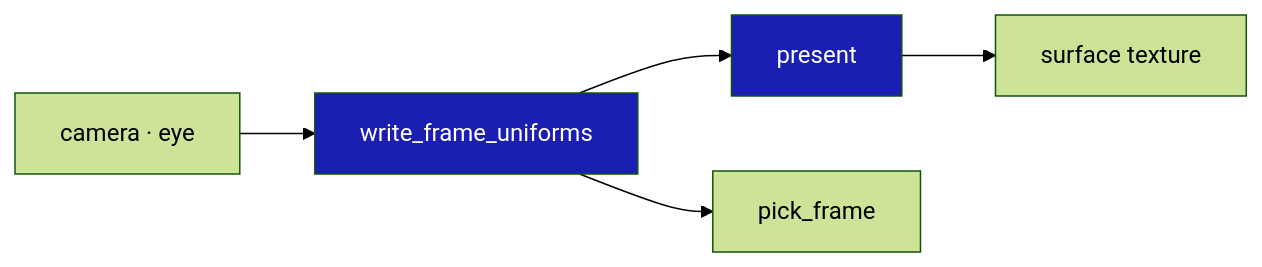
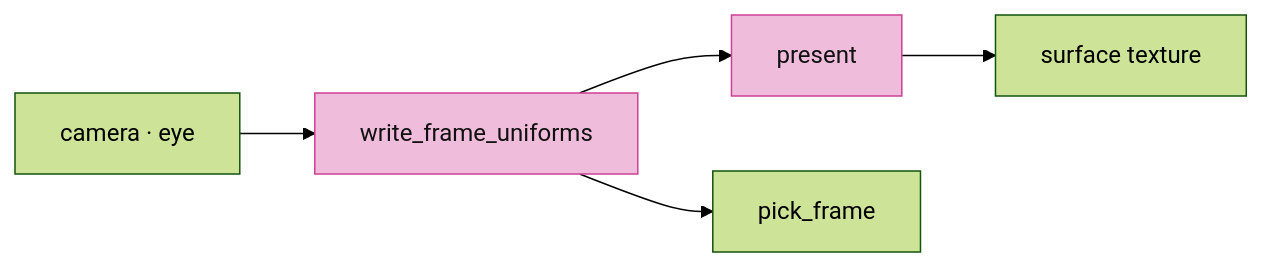
The fourth of 19 diagrams in session_viewer/docs/12-picking.md (petrasvestartas/session), drawn with Mermaid (forest theme) before and after one commit. The commit also changed other lines of this file and 23 other files, not shown here.

Commit message:
Course: Mermaid nodes white with black text, highlighted nodes pink, white arrows and edge labels on the black ground

````diff
--- a/session_viewer/docs/12-picking.md
+++ b/session_viewer/docs/12-picking.md
@@ -71,8 +71,8 @@
 ```mermaid
 flowchart LR
     C["camera · eye"] --> U["write_frame_uniforms"]
     U --> P["present"] --> S["surface texture"]
     U --> K["pick_frame"]
-    style U fill:#1a1eb2,color:#fff
-    style P fill:#1a1eb2,color:#fff
+    style U fill:#f0bcdb,stroke:#ce4095,color:#111
+    style P fill:#f0bcdb,stroke:#ce4095,color:#111
 ```
````
